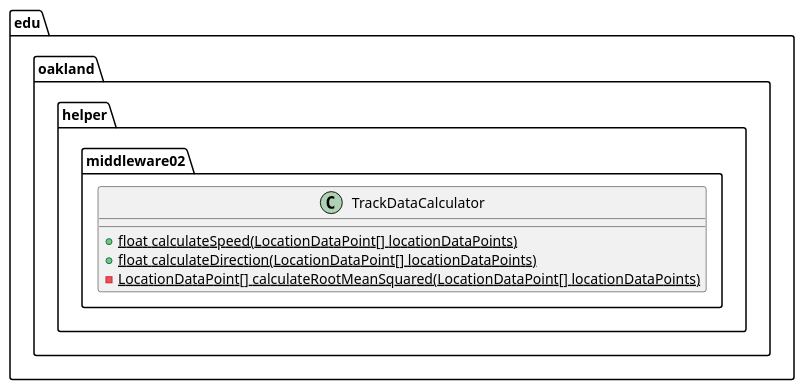
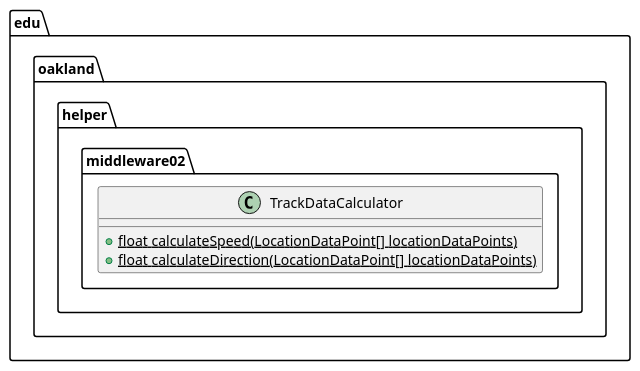
Before and after one commit to andrewdimmer/csi-3370-software-project: the diagram in docs/uml-class-diagrams/middleware02/helper/TrackDataCalculator/TrackDataCalculator.puml, drawn with PlantUML. The commit also changed 540 other files, not shown here.

First line of the commit message:
[Admin] Update PUML Diagrams to Reflect Production Code/Tests (#168)

```diff
--- a/docs/uml-class-diagrams/middleware02/helper/TrackDataCalculator/TrackDataCalculator.puml
+++ b/docs/uml-class-diagrams/middleware02/helper/TrackDataCalculator/TrackDataCalculator.puml
@@ -1,11 +1,10 @@
 @startuml TrackDataCalculator
 
 package edu.oakland.helper.middleware02 {
     class TrackDataCalculator {
         {static} + float calculateSpeed(LocationDataPoint[] locationDataPoints)
         {static} + float calculateDirection(LocationDataPoint[] locationDataPoints)
-        {static} - LocationDataPoint[] calculateRootMeanSquared(LocationDataPoint[] locationDataPoints)
     }
 }
 
 @enduml
```
